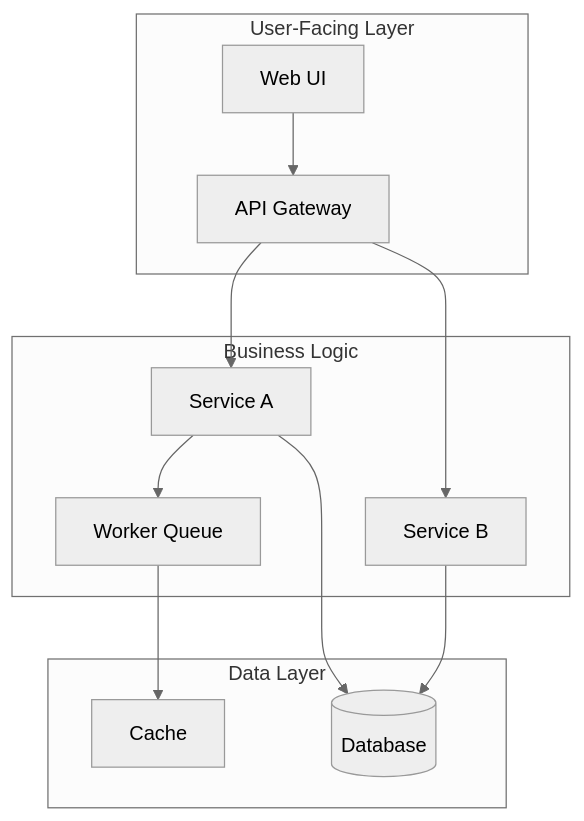
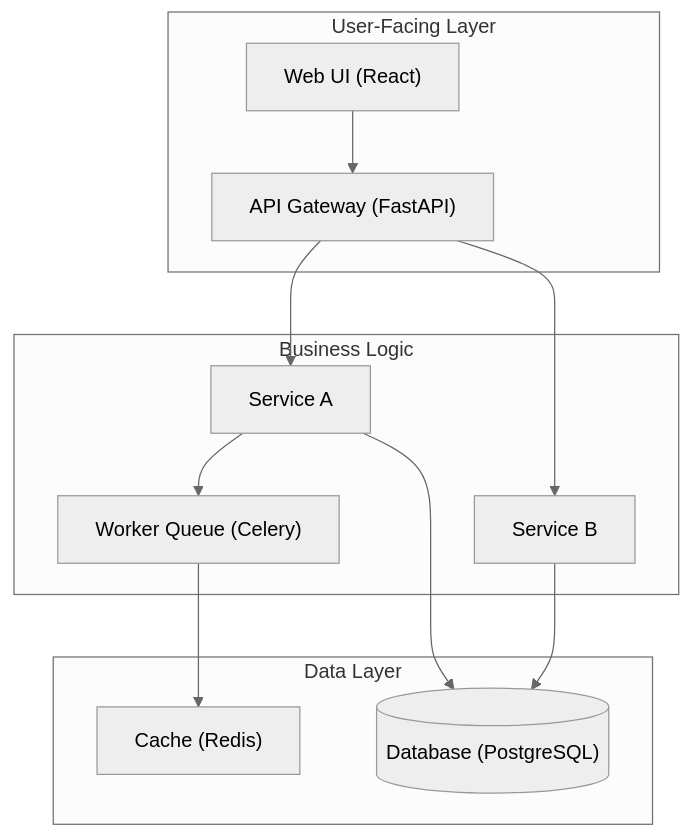
Before and after one commit to class83108/spec-to-quality: the first of 2 diagrams in plugins/insight-to-quality/skills/system-map/SKILL.md, drawn with Mermaid (neutral theme). The commit also changed other lines of this file and 29 other files, not shown here.

````diff
--- a/plugins/insight-to-quality/skills/system-map/SKILL.md
+++ b/plugins/insight-to-quality/skills/system-map/SKILL.md
@@ -75,16 +120,16 @@
 ```mermaid
 graph TD
     subgraph "User-Facing Layer"
-        A[Web UI] --> B[API Gateway]
+        A["Web UI (React)"] --> B["API Gateway (FastAPI)"]
     end
     subgraph "Business Logic"
         B --> C[Service A]
         B --> D[Service B]
-        C --> E[Worker Queue]
+        C --> E["Worker Queue (Celery)"]
     end
     subgraph "Data Layer"
-        C --> F[(Database)]
+        C --> F[("Database (PostgreSQL)")]
         D --> F
-        E --> G[Cache]
+        E --> G["Cache (Redis)"]
     end
 ```
````
